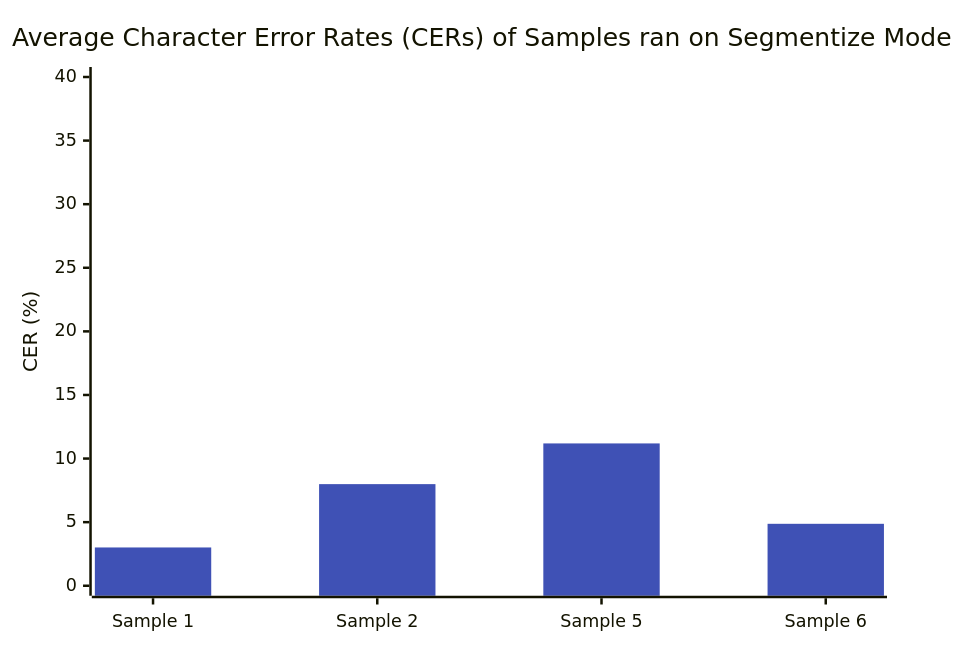
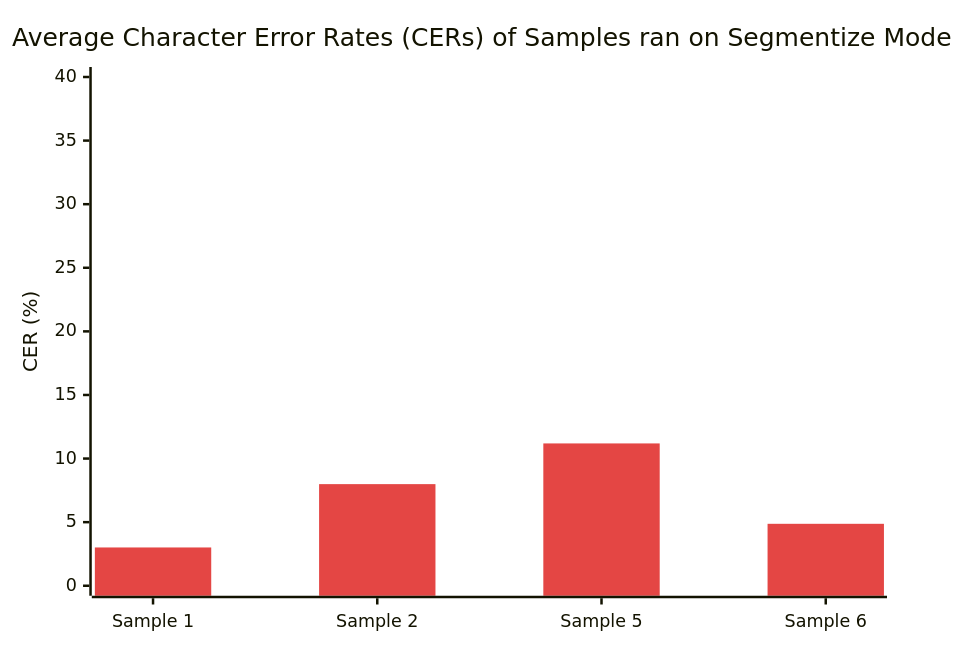
The second of 2 diagrams in docs/index.md (Sanjib-22/Rolling-Ticker-Text-Extraction), drawn with Mermaid before and after one commit. The commit also changed other lines of this file, not shown here.

Commit message:
Report updated

````diff
--- a/docs/index.md
+++ b/docs/index.md
@@ -265,8 +265,8 @@
 ```mermaid
-%%{init: { "themeVariables": { "xyChart": { "plotColorPalette": "#3F51B5" } } } }%%
+%%{init: { "themeVariables": { "xyChart": { "plotColorPalette": "#e44644" } } } }%%
 xychart-beta
     title "Average Character Error Rates (CERs) of Samples ran on Segmentize Mode"
     x-axis ["Sample 1", "Sample 2", "Sample 5", "Sample 6"]
     y-axis "CER (%)" 0 --> 40
     bar [3.01, 7.99, 11.19, 4.87]
 ```
````
